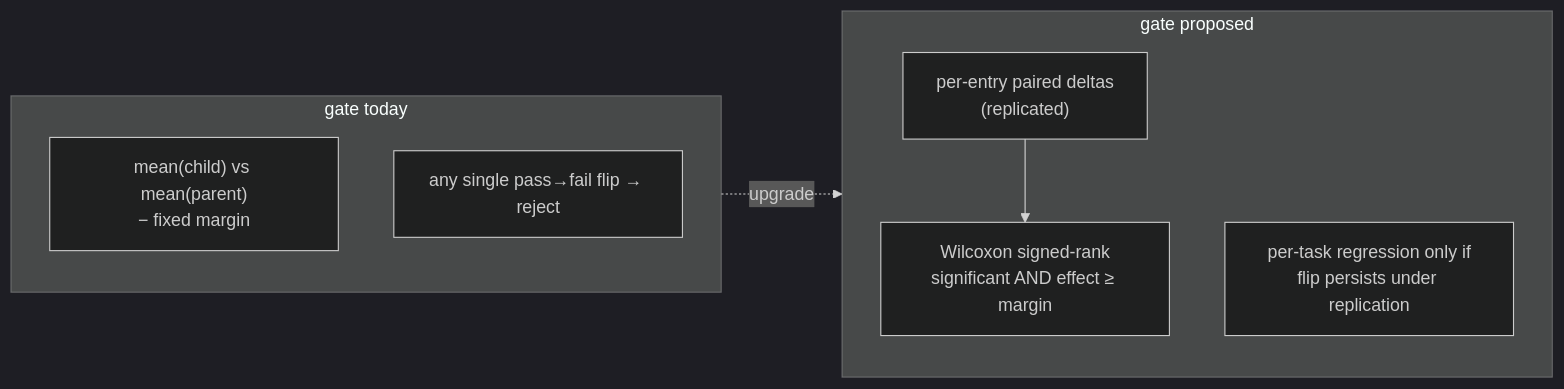
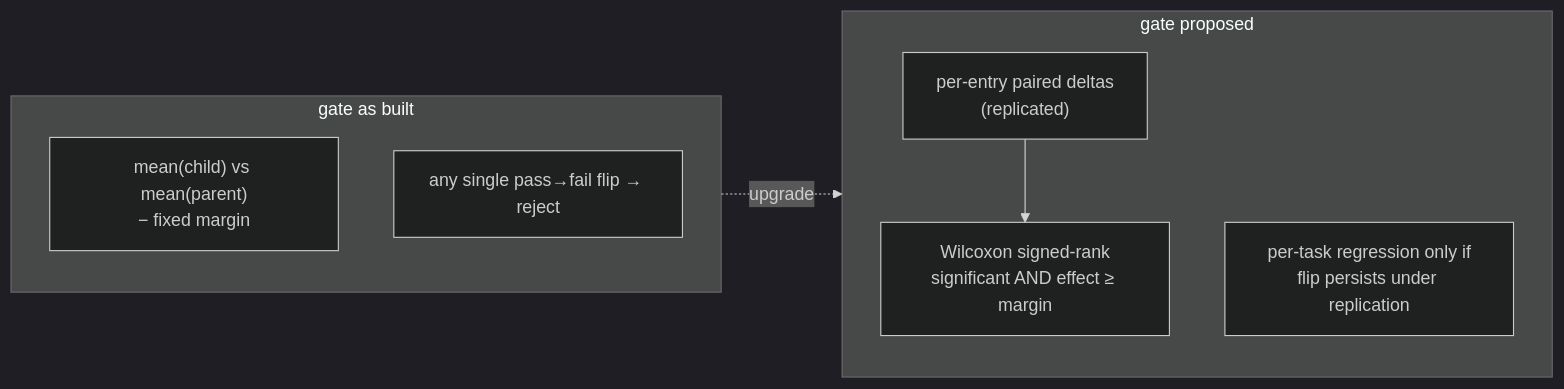
One commit to pedapudi/zicato changed diagram 11 of 12 in docs/design/SELECTION.md. Above: the diagram before and after it, drawn with Mermaid (dark theme). The commit also changed other lines of this file and 128 other files, not shown here.

````diff
--- a/docs/design/SELECTION.md
+++ b/docs/design/SELECTION.md
@@ -886,12 +929,12 @@
 ```mermaid
 flowchart LR
-    subgraph now["gate today"]
+    subgraph now["gate as built"]
         N1["mean(child) vs mean(parent)<br/>− fixed margin"]
         N2["any single pass→fail flip → reject"]
     end
     subgraph prop["gate proposed"]
         P1["per-entry paired deltas<br/>(replicated)"] --> P2["Wilcoxon signed-rank<br/>significant AND effect ≥ margin"]
         P3["per-task regression only if<br/>flip persists under replication"]
     end
     now -. upgrade .-> prop
 ```
````
